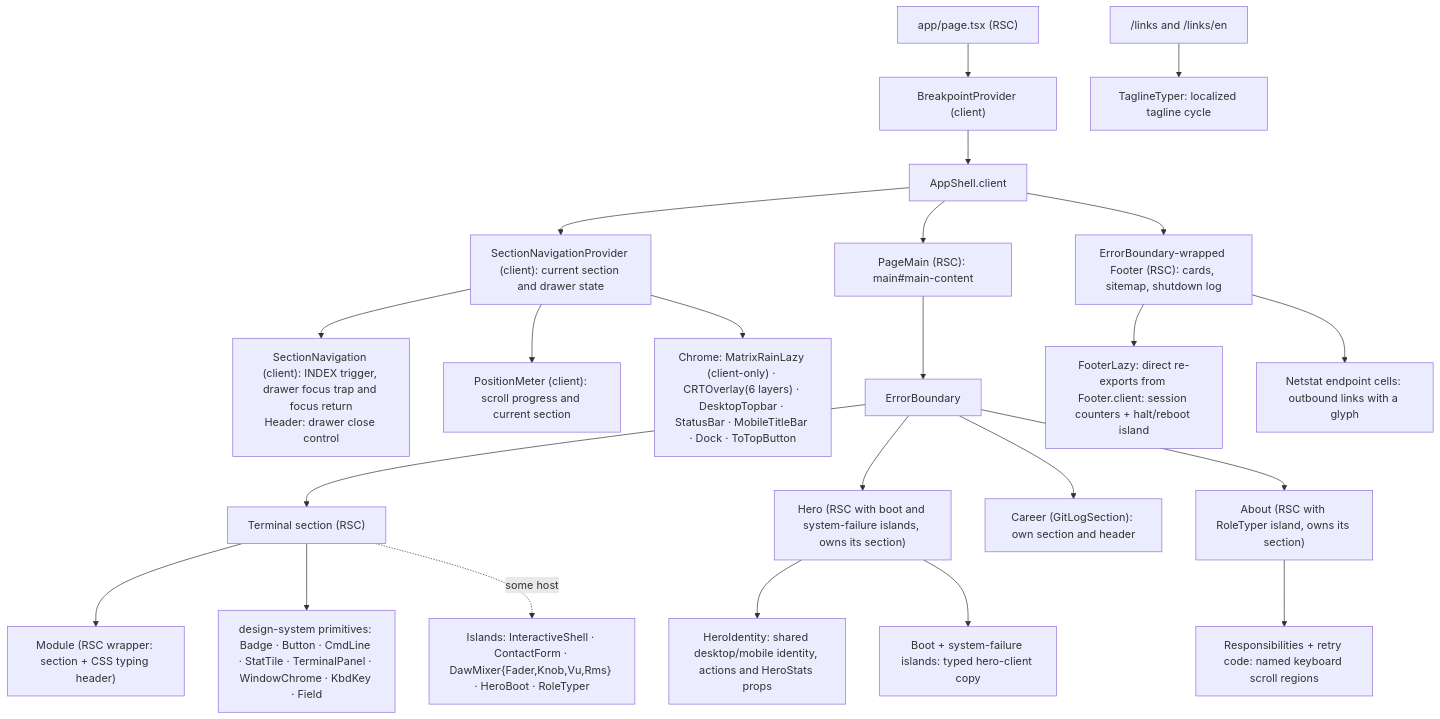
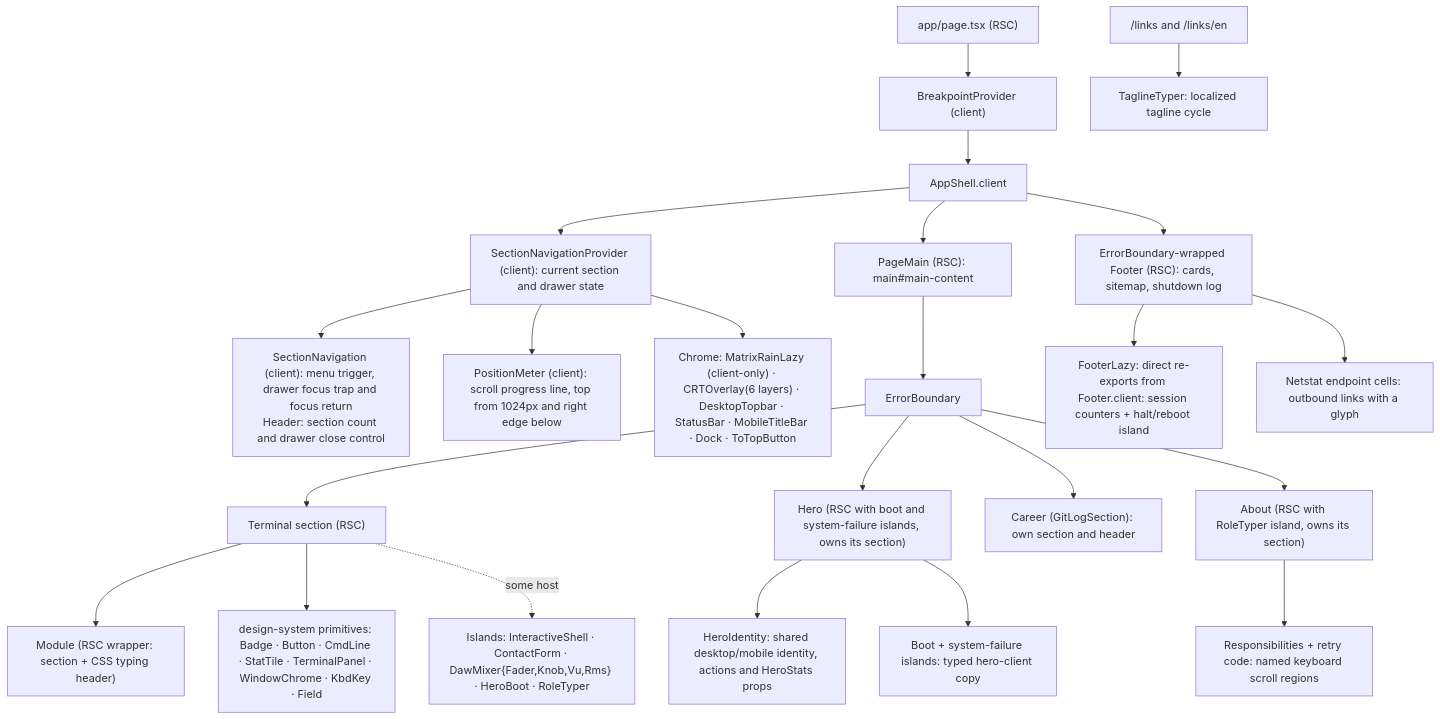
Before and after one commit to erikunha/portfolio: the first of 2 diagrams in docs/04-components-and-state.md, drawn with Mermaid. The commit also changed other lines of this file and 19 other files, not shown here.

First line of the commit message:
feat(nav): icon-only menu trigger and a side position line below 1024px (#326)

````diff
--- a/docs/04-components-and-state.md
+++ b/docs/04-components-and-state.md
@@ -26,25 +26,25 @@
 ```mermaid
 flowchart TD
     page["app/page.tsx (RSC)"] --> bp["BreakpointProvider (client)"]
     bp --> shell["AppShell.client"]
     shell --> navigation["SectionNavigationProvider (client): current section and drawer state"]
-    navigation --> rail["SectionNavigation (client): INDEX trigger, drawer focus trap and focus return<br/>Header: drawer close control"]
-    navigation --> position["PositionMeter (client): scroll progress and current section"]
+    navigation --> rail["SectionNavigation (client): menu trigger, drawer focus trap and focus return<br/>Header: section count and drawer close control"]
+    navigation --> position["PositionMeter (client): scroll progress line, top from 1024px and right edge below"]
     navigation --> chrome["Chrome: MatrixRainLazy (client-only) · CRTOverlay(6 layers) · DesktopTopbar · StatusBar · MobileTitleBar · Dock · ToTopButton"]
     shell --> main["PageMain (RSC): main#main-content"]
     main --> eb["ErrorBoundary"]
     eb --> sec["Terminal section (RSC)"]
     sec --> mod["Module (RSC wrapper: section + CSS typing header)"]
     sec --> dsp["design-system primitives: Badge · Button · CmdLine · StatTile · TerminalPanel · WindowChrome · KbdKey · Field"]
     sec -. some host .-> isl["Islands: InteractiveShell · ContactForm · DawMixer{Fader,Knob,Vu,Rms} · HeroBoot · RoleTyper"]
     eb --> hero["Hero (RSC with boot and system-failure islands, owns its section)"]
     hero --> identity["HeroIdentity: shared desktop/mobile identity, actions and HeroStats props"]
     hero --> clientcopy["Boot + system-failure islands: typed hero-client copy"]
     eb --> career["Career (GitLogSection): own section and header"]
     eb --> about["About (RSC with RoleTyper island, owns its section)"]
     about --> scroll["Responsibilities + retry code: named keyboard scroll regions"]
     shell --> fl["ErrorBoundary-wrapped Footer (RSC): cards, sitemap, shutdown log"]
     fl --> fi["FooterLazy: direct re-exports from Footer.client: session counters + halt/reboot island"]
     fl --> fc["Netstat endpoint cells: outbound links with a glyph"]
     links["/links and /links/en"] --> tagline["TaglineTyper: localized tagline cycle"]
 ```
````
